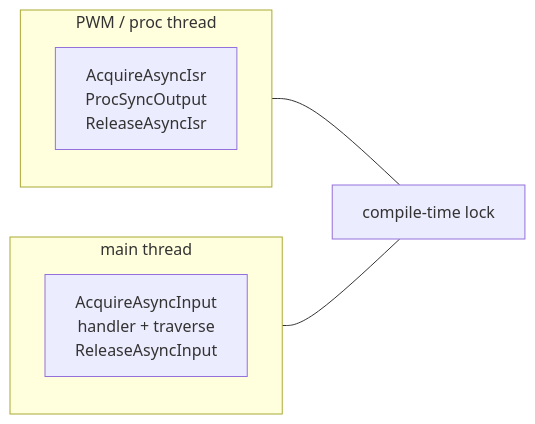
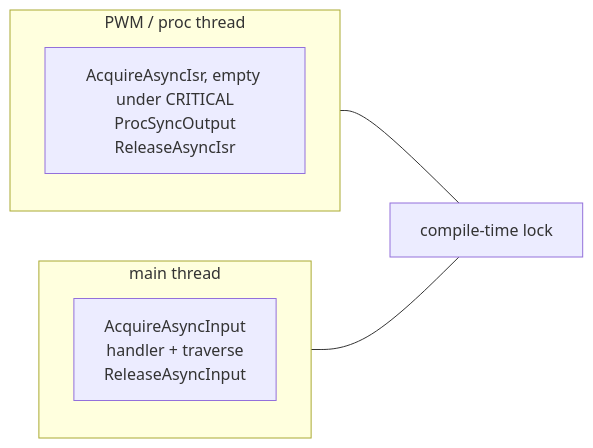
Before and after one commit to FireSourcery/FireSourcery_Library: diagram 15 of 18 in Framework/StateMachine/Architecture.md, drawn with Mermaid. The commit also changed other lines of this file and 47 other files, not shown here.

````diff
--- a/Framework/StateMachine/Architecture.md
+++ b/Framework/StateMachine/Architecture.md
@@ -388,13 +393,13 @@
 ```mermaid
 flowchart LR
     subgraph isr["PWM / proc thread"]
-        P["AcquireAsyncIsr<br/>ProcSyncOutput<br/>ReleaseAsyncIsr"]
+        P["AcquireAsyncIsr, empty under CRITICAL<br/>ProcSyncOutput<br/>ReleaseAsyncIsr"]
     end
 
     subgraph main["main thread"]
         I["AcquireAsyncInput<br/>handler + traverse<br/>ReleaseAsyncInput"]
     end
 
     isr --- lock["compile-time lock"]
     main --- lock
 ```
````
